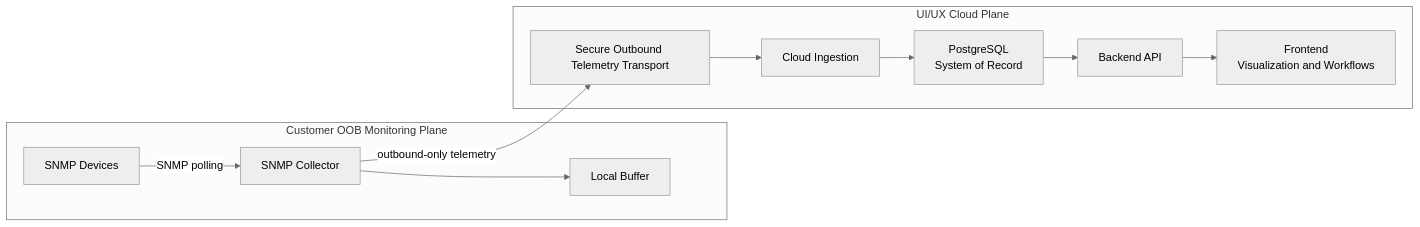
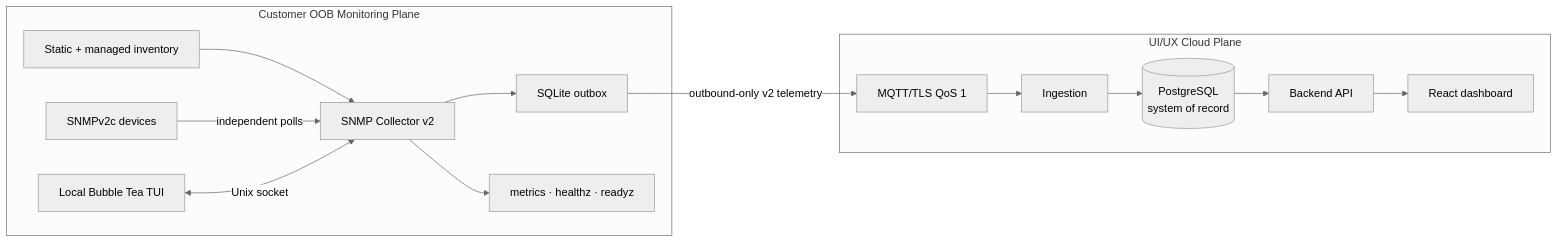
The diagram in docs/diagrams/system-design.md (jet-lag217712/monitoring-project), drawn with Mermaid (neutral theme) before and after one commit. The commit also changed other lines of this file and 19 other files, not shown here.

Commit message:
Documentation update before SNMP Collector v2 Implementation

````diff
--- a/docs/diagrams/system-design.md
+++ b/docs/diagrams/system-design.md
@@ -5,24 +5,19 @@
 ```mermaid
 flowchart LR
     subgraph customer["Customer OOB Monitoring Plane"]
-        devices["SNMP Devices"]
-        collector["SNMP Collector"]
-        buffer["Local Buffer"]
-        devices -->|"SNMP polling"| collector
-        collector --> buffer
+        inventory["Static + managed inventory"] --> collector["SNMP Collector v2"]
+        devices["SNMPv2c devices"] -->|"independent polls"| collector
+        tui["Local Bubble Tea TUI"] <-->|"Unix socket"| collector
+        collector --> outbox["SQLite outbox"]
+        collector --> local["metrics · healthz · readyz"]
     end
 
     subgraph cloud["UI/UX Cloud Plane"]
-        transport["Secure Outbound Telemetry Transport"]
-        ingestion["Cloud Ingestion"]
-        postgres["PostgreSQL\nSystem of Record"]
-        api["Backend API"]
-        frontend["Frontend\nVisualization and Workflows"]
-        transport --> ingestion
-        ingestion --> postgres
-        postgres --> api
-        api --> frontend
+        broker["MQTT/TLS QoS 1"] --> ingestion["Ingestion"]
+        ingestion --> postgres[("PostgreSQL\nsystem of record")]
+        postgres --> api["Backend API"]
+        api --> dashboard["React dashboard"]
     end
 
-    collector -->|"outbound-only telemetry"| transport
+    outbox -->|"outbound-only v2 telemetry"| broker
 ```
````
